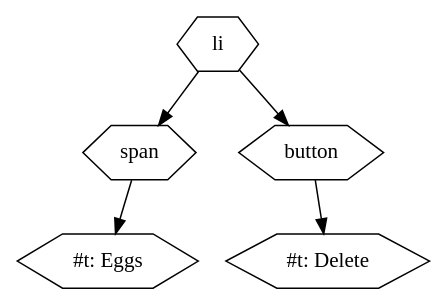
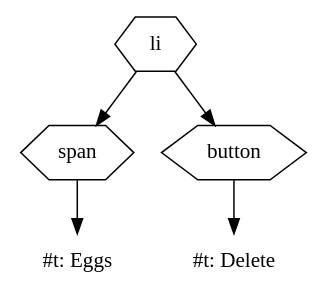
Before and after one commit to nikclayton/web-courseware: the first of 4 diagrams in courseware/week2/shopping/shopping.org, drawn with Graphviz. The commit also changed other lines of this file, not shown here.

```diff
--- a/courseware/week2/shopping/shopping.org
+++ b/courseware/week2/shopping/shopping.org
@@ -705,13 +698,13 @@
 #+BEGIN_SRC dot :file list-item-graph.svg :cmdline -Tsvg -Gstylesheet=../../graphviz.css
 digraph G {
   node [shape="hexagon"];
 
   li -> span
   li -> button
 
   span -> span_content;
-  span_content [label="#t: Eggs"];
+  span_content [label="#t: Eggs" shape=none];
   button -> button_content;
-  button_content [label="#t: Delete"];
+  button_content [label="#t: Delete" shape=none];
 }
 #+END_SRC
```
